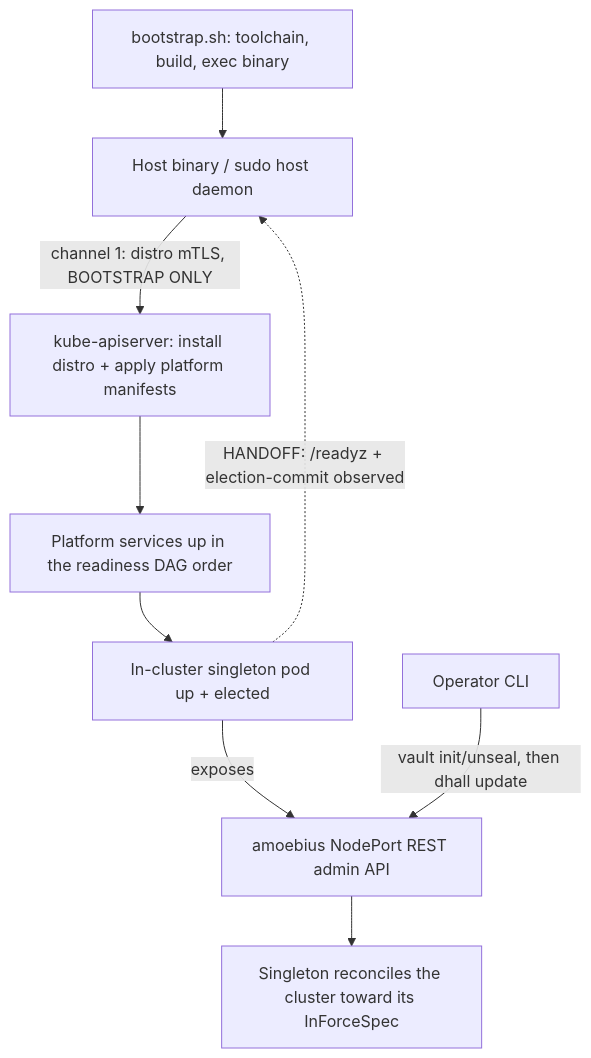
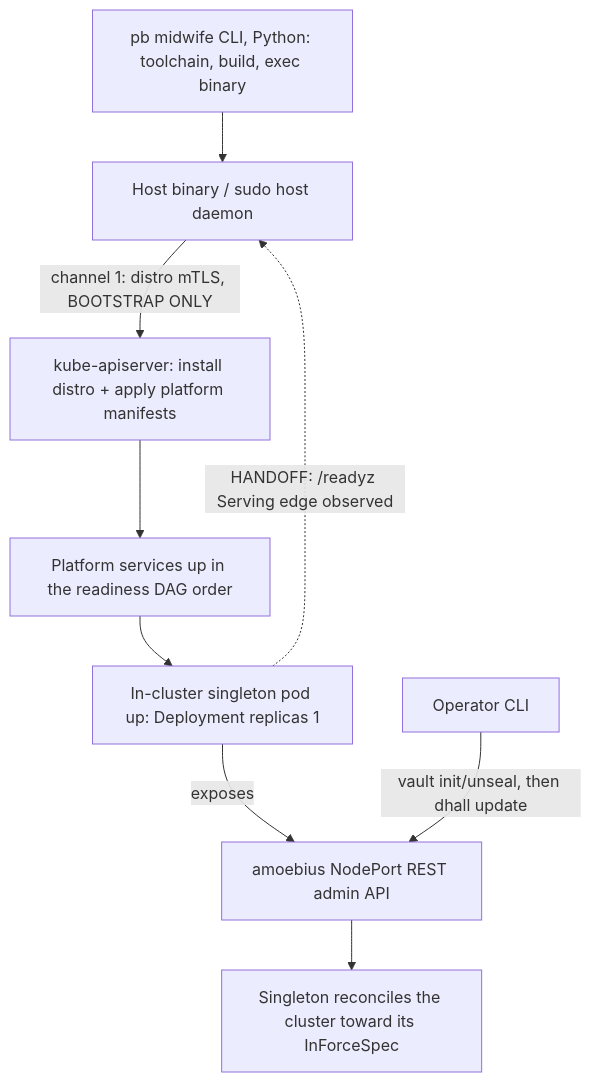
The diagram in documents/engineering/bootstrap_sequence_doctrine.md (Tuee22/amoebius), drawn with Mermaid before and after one commit. The commit also changed other lines of this file and 22 other files, not shown here.

````diff
--- a/documents/engineering/bootstrap_sequence_doctrine.md
+++ b/documents/engineering/bootstrap_sequence_doctrine.md
@@ -56,11 +56,11 @@
 ```mermaid
 flowchart TD
-  sh[bootstrap.sh: toolchain, build, exec binary] --> hb[Host binary / sudo host daemon]
+  pb[pb midwife CLI, Python: toolchain, build, exec binary] --> hb[Host binary / sudo host daemon]
   hb -->|channel 1: distro mTLS, BOOTSTRAP ONLY| api[kube-apiserver: install distro + apply platform manifests]
   api --> svc[Platform services up in the readiness DAG order]
-  svc --> singleton[In-cluster singleton pod up + elected]
+  svc --> singleton[In-cluster singleton pod up: Deployment replicas 1]
   singleton -->|exposes| rest[amoebius NodePort REST admin API]
-  singleton -.->|HANDOFF: /readyz + election-commit observed| hb
+  singleton -.->|HANDOFF: /readyz Serving edge observed| hb
   cli[Operator CLI] -->|vault init/unseal, then dhall update| rest
   rest --> reconcile[Singleton reconciles the cluster toward its InForceSpec]
 ```
````
